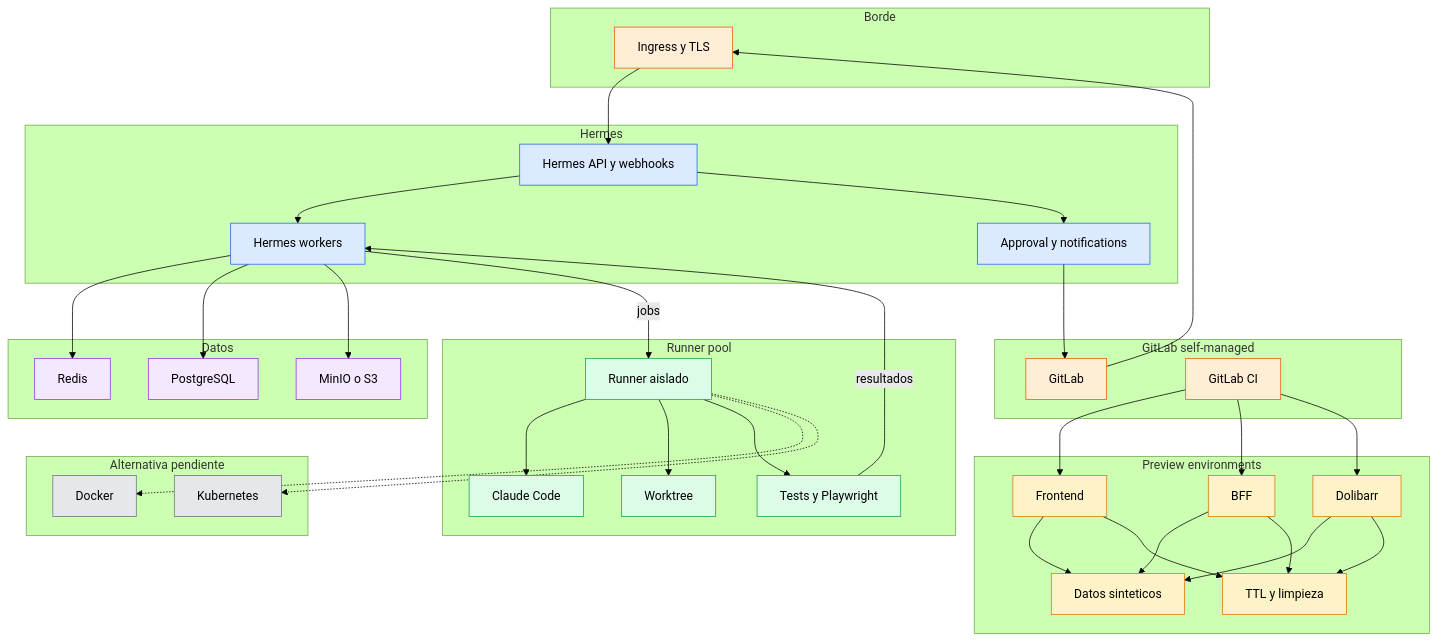
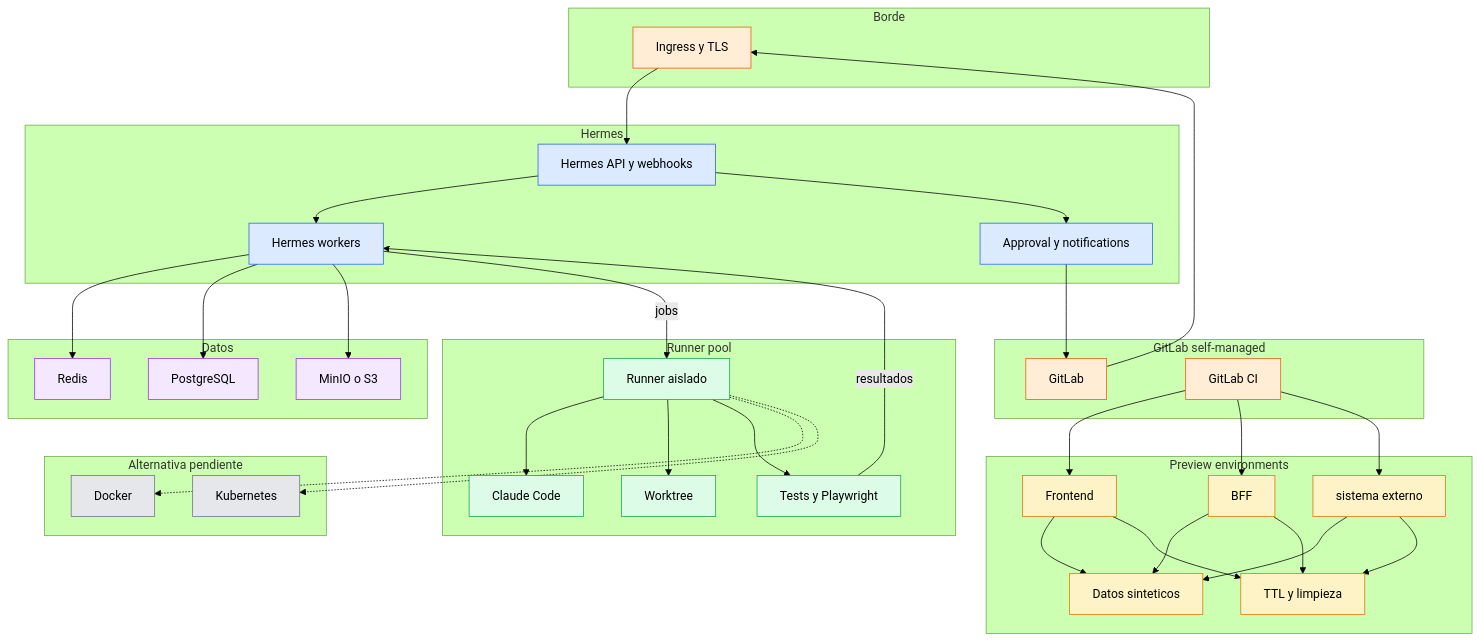
One commit to dsalazardev/ai-hub changed the diagram in architecture/mermaid/12-despliegue-fisico.mmd. Above: the diagram before and after it, drawn with Mermaid (forest theme). The commit also changed 1324 other files, not shown here.

```diff
--- a/architecture/mermaid/12-despliegue-fisico.mmd
+++ b/architecture/mermaid/12-despliegue-fisico.mmd
@@ -1,75 +1,75 @@
 flowchart TB
   subgraph EDGE["Borde"]
     ING["Ingress y TLS"]
   end
   subgraph GITLAB["GitLab self-managed"]
     GL["GitLab"]
     CI["GitLab CI"]
   end
   subgraph HERMES["Hermes"]
     API["Hermes API y webhooks"]
     WORKER["Hermes workers"]
     APPROVAL["Approval y notifications"]
   end
   subgraph DATA["Datos"]
     PG["PostgreSQL"]
     REDIS["Redis"]
     S3["MinIO o S3"]
   end
   subgraph RUNNERS["Runner pool"]
     R1["Runner aislado"]
     CC["Claude Code"]
     WT["Worktree"]
     TESTS["Tests y Playwright"]
   end
   subgraph PREVIEW["Preview environments"]
     FE["Frontend"]
     BFF["BFF"]
-    DOLI["Dolibarr"]
+    DOLI["sistema externo"]
     SYN["Datos sinteticos"]
     TTL["TTL y limpieza"]
   end
   subgraph ALT["Alternativa pendiente"]
     DOCKER["Docker"]
     K8S["Kubernetes"]
   end
   GL --> ING
   ING --> API
   API --> WORKER
   WORKER --> REDIS
   WORKER --> PG
   WORKER --> S3
   WORKER -->|jobs| R1
   R1 --> CC
   R1 --> WT
   R1 --> TESTS
   TESTS -->|resultados| WORKER
   CI --> FE
   CI --> BFF
   CI --> DOLI
   FE --> SYN
   BFF --> SYN
   DOLI --> SYN
   FE --> TTL
   BFF --> TTL
   DOLI --> TTL
   API --> APPROVAL
   APPROVAL --> GL
   R1 -.-> DOCKER
   R1 -.-> K8S
   %% Docker y Kubernetes son alternativas; no se despliegan necesariamente a la vez.
   %% PostgreSQL, Redis y MinIO son componentes propuestos, no verificados en el entorno actual.
   classDef edge fill:#ffedd5,stroke:#ea580c,color:#000
   classDef gitlab fill:#ffedd5,stroke:#ea580c,color:#000
   classDef hermes fill:#dbeafe,stroke:#2563eb,color:#000
   classDef data fill:#f3e8ff,stroke:#9333ea,color:#000
   classDef runner fill:#dcfce7,stroke:#16a34a,color:#000
   classDef preview fill:#fef3c7,stroke:#d97706,color:#000
   classDef alt fill:#e5e7eb,stroke:#6b7280,color:#000
   class ING edge
   class GL,CI gitlab
   class API,WORKER,APPROVAL hermes
   class PG,REDIS,S3 data
   class R1,CC,WT,TESTS runner
   class FE,BFF,DOLI,SYN,TTL preview
   class DOCKER,K8S alt
```
